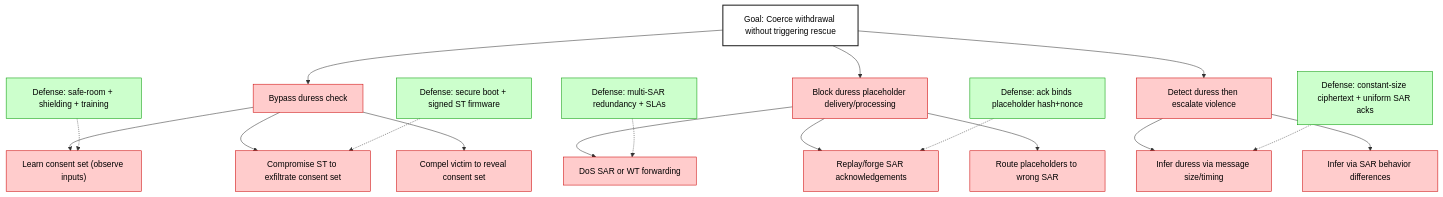
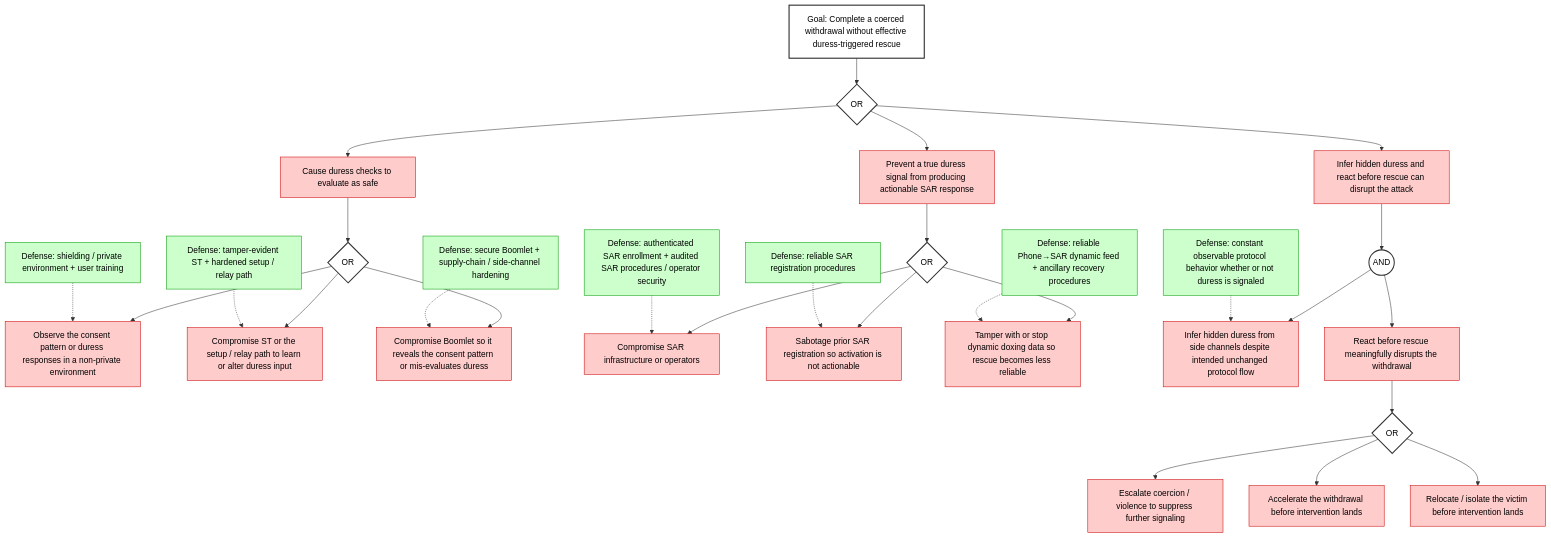
One commit to bitryonix/boomerang_design changed the seventh of 9 diagrams in security_models/README.md. Above: the diagram before and after it, drawn with Mermaid. The commit also changed other lines of this file and 11 other files, not shown here.

````diff
--- a/security_models/README.md
+++ b/security_models/README.md
@@ -1156,32 +1262,59 @@
 ```mermaid
 flowchart TD
-  A["Goal: Coerce withdrawal without triggering rescue"] --> B["Bypass duress check"]
-  A --> C["Block duress placeholder delivery/processing"]
-  A --> D["Detect duress then escalate violence"]
+  A["Goal: Complete a coerced withdrawal without effective duress-triggered rescue"] --> OR0{OR}
 
-  B --> B1["Learn consent set (observe inputs)"]
-  B --> B2["Compromise ST to exfiltrate consent set"]
-  B --> B3["Compel victim to reveal consent set"]
+  OR0 --> B["Cause duress checks to evaluate as safe"]
+  OR0 --> C["Prevent a true duress signal from producing actionable SAR response"]
+  OR0 --> D["Infer hidden duress and react before rescue can disrupt the attack"]
 
-  C --> C1["DoS SAR or WT forwarding"]
-  C --> C2["Replay/forge SAR acknowledgements"]
-  C --> C3["Route placeholders to wrong SAR"]
+  %% ----------------------------
+  %% 1) Make duress appear safe
+  %% ----------------------------
+  B --> OR1{OR}
+  OR1 --> B1["Observe the consent pattern or duress responses in a non-private environment"]
+  OR1 --> B2["Compromise ST or the setup / relay path to learn or alter duress input"]
+  OR1 --> B3["Compromise Boomlet so it reveals the consent pattern or mis-evaluates duress"]
 
-  D --> D1["Infer duress via message size/timing"]
-  D --> D2["Infer via SAR behavior differences"]
+  %% ----------------------------
+  %% 2) True duress is generated, but SAR response is neutralized
+  %% ----------------------------
+  C --> OR2{OR}
+  OR2 --> C1["Compromise SAR infrastructure or operators"]
+  OR2 --> C2["Sabotage prior SAR registration so activation is not actionable"]
+  OR2 --> C3["Tamper with or stop dynamic doxing data so rescue becomes less reliable"]
 
+  %% ----------------------------
+  %% 3) Duress stays hidden in protocol flow, but attacker infers it anyway
+  %% ----------------------------
+  D --> AND1((AND))
+  AND1 --> D1["Infer hidden duress from side channels despite intended unchanged protocol flow"]
+  AND1 --> D2["React before rescue meaningfully disrupts the withdrawal"]
+
+  D2 --> OR3{OR}
+  OR3 --> D2a["Escalate coercion / violence to suppress further signaling"]
+  OR3 --> D2b["Accelerate the withdrawal before intervention lands"]
+  OR3 --> D2c["Relocate / isolate the victim before intervention lands"]
+
+  %% ----------------------------
   %% Defenses
-  E1["Defense: safe-room + shielding + training"] -.-> B1
-  E2["Defense: secure boot + signed ST firmware"] -.-> B2
-  E3["Defense: constant-size ciphertext + uniform SAR acks"] -.-> D1
-  E4["Defense: ack binds placeholder hash+nonce"] -.-> C2
-  E5["Defense: multi-SAR redundancy + SLAs"] -.-> C1
+  %% ----------------------------
+  E1["Defense: shielding / private environment + user training"] -.-> B1
+  E2["Defense: tamper-evident ST + hardened setup / relay path"] -.-> B2
+  E3["Defense: secure Boomlet + supply-chain / side-channel hardening"] -.-> B3
+  E4["Defense: authenticated SAR enrollment + audited SAR procedures / operator security"] -.-> C1
+  E5["Defense: reliable SAR registration procedures"] -.-> C2
+  E6["Defense: reliable Phone→SAR dynamic feed + ancillary recovery procedures"] -.-> C3
+  E7["Defense: constant observable protocol behavior whether or not duress is signaled"] -.-> D1
 
-  %% Styles (requested)
+  %% Styles
   classDef goal fill:#ffffff,stroke:#222,stroke-width:2px,color:#000;
   classDef attack fill:#ffcccc,stroke:#cc0000,color:#000;
   classDef defense fill:#ccffcc,stroke:#009900,color:#000;
+  classDef gate fill:#ffffff,stroke:#333,stroke-width:2px,color:#000;
+
   class A goal;
-  class B,C,D,B1,B2,B3,C1,C2,C3,D1,D2 attack;
-  class E1,E2,E3,E4,E5 defense;
+  class B,C,D,B1,B2,B3,C1,C2,C3,D1,D2,D2a,D2b,D2c attack;
+  class E1,E2,E3,E4,E5,E6,E7 defense;
+  class OR0,OR1,OR2,OR3,AND1 gate;
+
 ```
````
